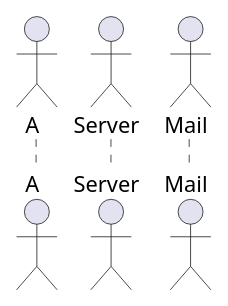
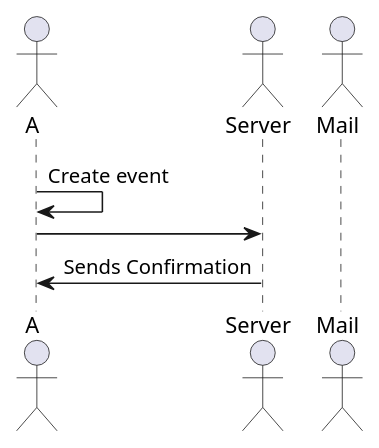
Before and after one commit to tortelio/calendar-use-cases: the diagram in src/user/A/A-creates-event.puml, drawn with PlantUML. The commit also changed 9 other files, not shown here.

```diff
--- a/src/user/A/A-creates-event.puml
+++ b/src/user/A/A-creates-event.puml
@@ -1,7 +1,11 @@
 @startuml
 
 actor A
 actor Server
 actor Mail
 
+A -> A : Create event
+A -> Server
+Server -> A : Sends Confirmation
+
 @enduml
```
